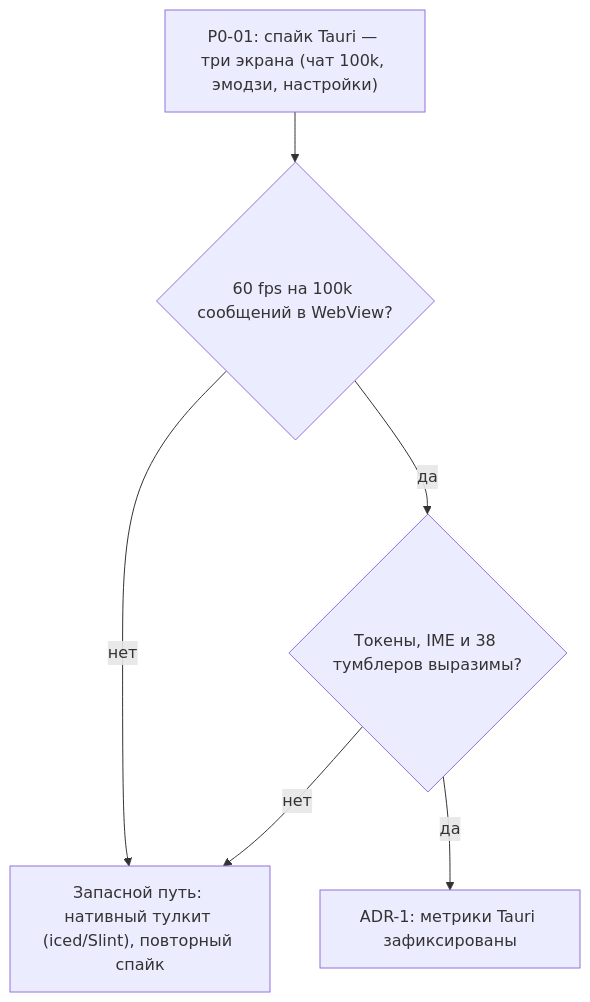
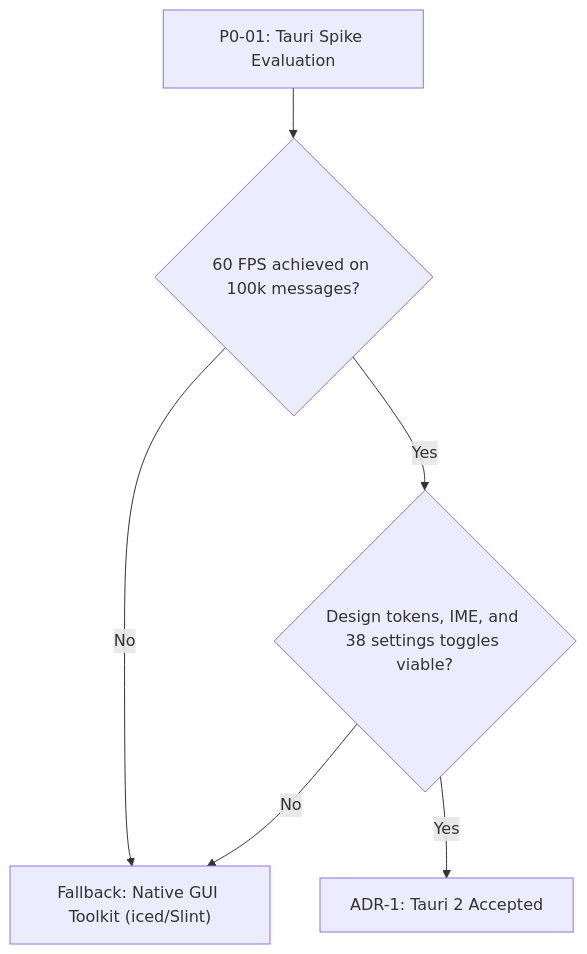
The fifth of 5 diagrams in docs/rust-client/ARCHITECTURE.md (Userbash/chord), drawn with Mermaid before and after one commit. The commit also changed other lines of this file and 2279 other files, not shown here.

````diff
--- a/docs/rust-client/ARCHITECTURE.md
+++ b/docs/rust-client/ARCHITECTURE.md
@@ -247,8 +140,8 @@
 ```mermaid
 flowchart TD
-    S0["P0-01: спайк Tauri — три экрана (чат 100k, эмодзи, настройки)"] --> Q1{"60 fps на 100k сообщений в WebView?"}
-    Q1 -->|нет| ALT["Запасной путь: нативный тулкит (iced/Slint), повторный спайк"]
-    Q1 -->|да| Q2{"Токены, IME и 38 тумблеров выразимы?"}
-    Q2 -->|нет| ALT
-    Q2 -->|да| OK["ADR-1: метрики Tauri зафиксированы"]
+    S0["P0-01: Tauri Spike Evaluation"] --> Q1{"60 FPS achieved on 100k messages?"}
+    Q1 -->|No| ALT["Fallback: Native GUI Toolkit (iced/Slint)"]
+    Q1 -->|Yes| Q2{"Design tokens, IME, and 38 settings toggles viable?"}
+    Q2 -->|No| ALT
+    Q2 -->|Yes| OK["ADR-1: Tauri 2 Accepted"]
 ```
````
